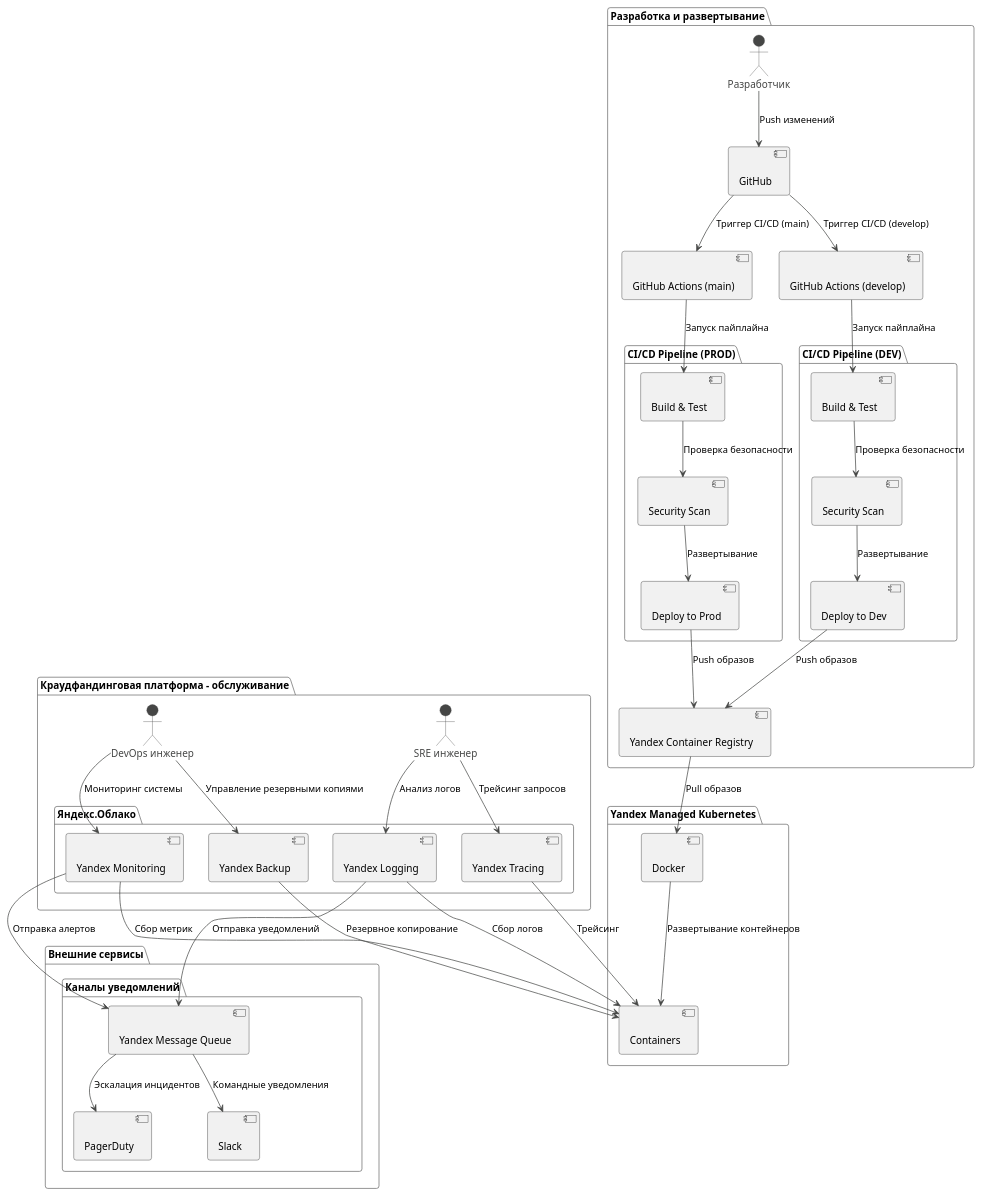
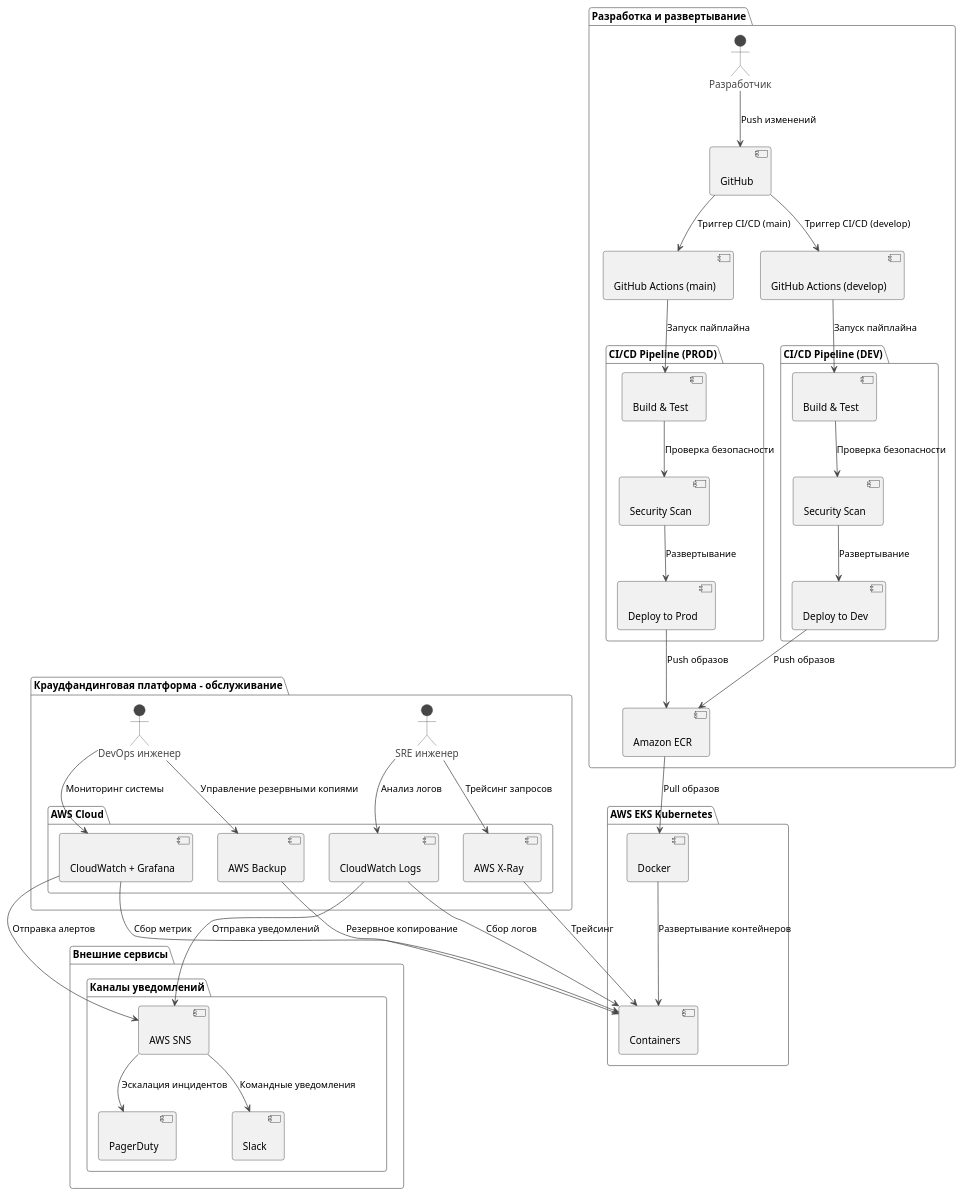
Before and after one commit to Dmksm/TRPO: the diagram in project-doc/2. Технический проект/maintanence.puml, drawn with PlantUML. The commit also changed 1 other file, not shown here.

```diff
--- a/project-doc/2. Технический проект/maintanence.puml
+++ b/project-doc/2. Технический проект/maintanence.puml
@@ -1,89 +1,89 @@
 @startuml
 !theme vibrant
 
-package "Yandex Managed Kubernetes" as k8s {
+package "AWS EKS Kubernetes" as k8s {
   [Docker] as docker << (C, #FFAAAA) >>
   [Containers] as containers << (C, #FFAAAA) >>
 }
 
 package "Краудфандинговая платформа - обслуживание" as maintenance {
     actor "DevOps инженер" as devops_engineer
     actor "SRE инженер" as sre_engineer
     
-    package "Яндекс.Облако" as cloud {
-      [Yandex Monitoring] as monitoring_service << (C, #FFAAAA) >>
-      [Yandex Backup] as backup_service << (C, #FFAAAA) >>
-      [Yandex Logging] as logging << (C, #FFAAAA) >>
-      [Yandex Tracing] as tracing << (C, #FFAAAA) >>
+    package "AWS Cloud" as cloud {
+      [CloudWatch + Grafana] as monitoring_service << (C, #FFAAAA) >>
+      [AWS Backup] as backup_service << (C, #FFAAAA) >>
+      [CloudWatch Logs] as cloudwatch << (C, #FFAAAA) >>
+      [AWS X-Ray] as xray << (C, #FFAAAA) >>
     }
 }
 
 package "Внешние сервисы" as outer_services {
     package "Каналы уведомлений" as notifications {
-        [Yandex Message Queue] as message_queue << (C, #FFAAAA) >>
+        [AWS SNS] as sns_service << (C, #FFAAAA) >>
         [PagerDuty] as pagerduty << (C, #FFAAAA) >>
         [Slack] as slack << (C, #FFAAAA) >>
     }
 }
 
 package "Разработка и развертывание" as development {
     actor "Разработчик" as developer
     [GitHub] as vcs << (C, #FFAAAA) >>
     [GitHub Actions (main)] as cicd_prod << (C, #FFAAAA) >>
     [GitHub Actions (develop)] as cicd_dev << (C, #FFAAAA) >>
     
     package "CI/CD Pipeline (PROD)" as build_prod {
       [Build & Test] as build_test_prod << (C, #FFAAAA) >>
       [Security Scan] as security_scan_prod << (C, #FFAAAA) >>
       [Deploy to Prod] as deploy_prod << (C, #FFAAAA) >>
     }
     
     package "CI/CD Pipeline (DEV)" as build_dev {
       [Build & Test] as build_test_dev << (C, #FFAAAA) >>
       [Security Scan] as security_scan_dev << (C, #FFAAAA) >>
       [Deploy to Dev] as deploy_dev << (C, #FFAAAA) >>
     }
     
-    [Yandex Container Registry] as container_registry << (C, #FFAAAA) >>
+    [Amazon ECR] as container_registry << (C, #FFAAAA) >>
 }
 
 ' Связи DevOps и SRE
 devops_engineer --> monitoring_service : "Мониторинг системы"
 devops_engineer --> backup_service : "Управление резервными копиями"
-sre_engineer --> logging : "Анализ логов"
-sre_engineer --> tracing : "Трейсинг запросов"
+sre_engineer --> cloudwatch : "Анализ логов"
+sre_engineer --> xray : "Трейсинг запросов"
 
 ' Связи мониторинга
-monitoring_service --> message_queue : "Отправка алертов"
-logging --> message_queue : "Отправка уведомлений"
-message_queue --> pagerduty : "Эскалация инцидентов"
-message_queue --> slack : "Командные уведомления"
+monitoring_service --> sns_service : "Отправка алертов"
+cloudwatch --> sns_service : "Отправка уведомлений"
+sns_service --> pagerduty : "Эскалация инцидентов"
+sns_service --> slack : "Командные уведомления"
 
 ' Связи разработки
 developer --> vcs : "Push изменений"
 vcs --> cicd_prod : "Триггер CI/CD (main)"
 vcs --> cicd_dev : "Триггер CI/CD (develop)"
 
 ' Pipeline PROD
 cicd_prod --> build_test_prod : "Запуск пайплайна"
 build_test_prod --> security_scan_prod : "Проверка безопасности"
 security_scan_prod --> deploy_prod : "Развертывание"
 deploy_prod --> container_registry : "Push образов"
 
 ' Pipeline DEV
 cicd_dev --> build_test_dev : "Запуск пайплайна"
 build_test_dev --> security_scan_dev : "Проверка безопасности"
 security_scan_dev --> deploy_dev : "Развертывание"
 deploy_dev --> container_registry : "Push образов"
 
 ' Связи с Kubernetes
 container_registry --> docker : "Pull образов"
 docker --> containers : "Развертывание контейнеров"
 
 ' Мониторинг контейнеров
 monitoring_service --> containers : "Сбор метрик"
-logging --> containers : "Сбор логов"
-tracing --> containers : "Трейсинг"
+cloudwatch --> containers : "Сбор логов"
+xray --> containers : "Трейсинг"
 backup_service --> containers : "Резервное копирование"
 
 @enduml
```
